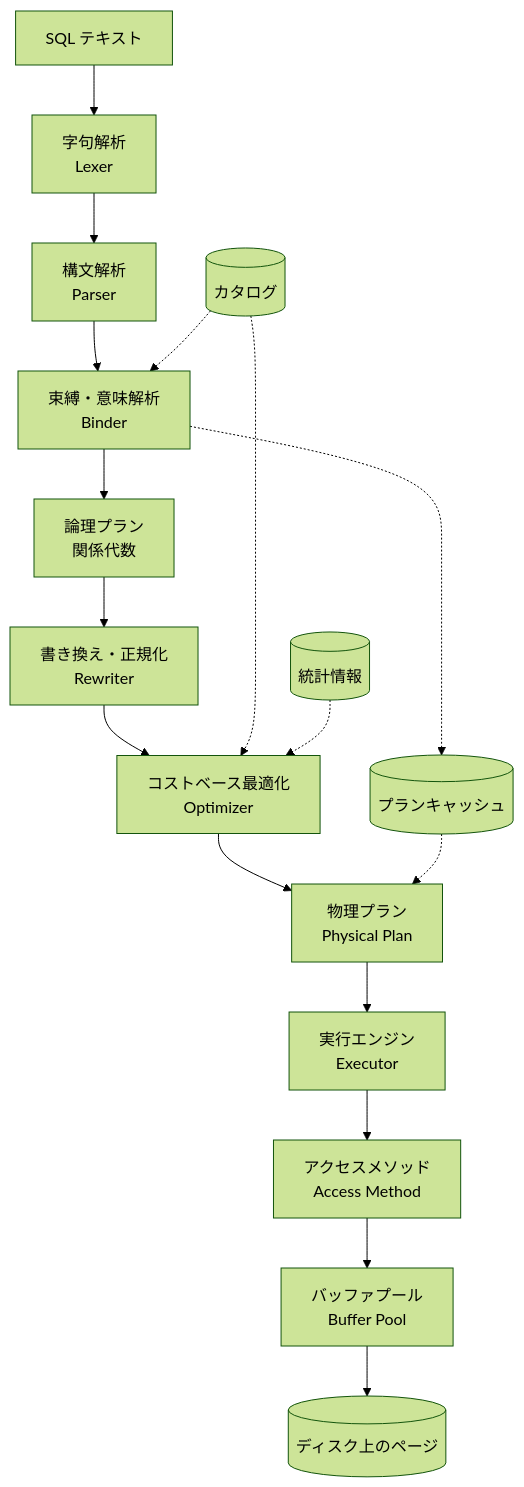
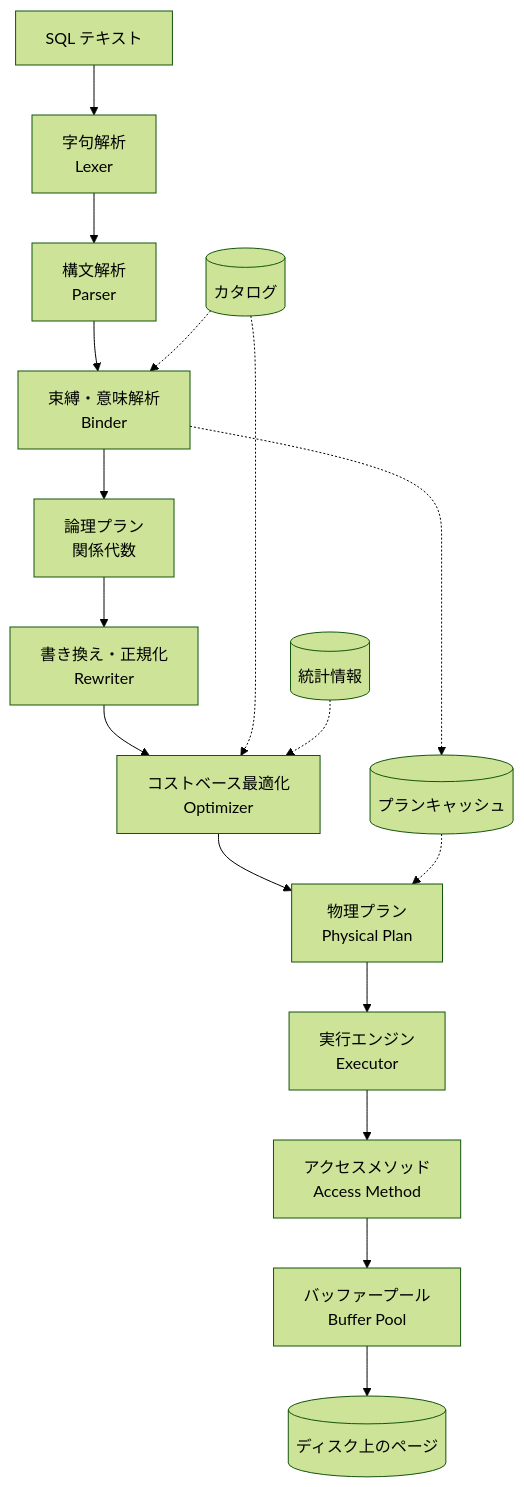
Before and after one commit to yoichiozaki/yoichiozaki.github.io: the diagram in content/blog/ja/sql-query-execution-internals.mdx, drawn with Mermaid (forest theme). The commit also changed other lines of this file and 117 other files, not shown here.

````diff
--- a/content/blog/ja/sql-query-execution-internals.mdx
+++ b/content/blog/ja/sql-query-execution-internals.mdx
@@ -18,19 +18,19 @@
 ```mermaid
 flowchart TD
   SQL["SQL テキスト"] --> LEX["字句解析<br/>Lexer"]
   LEX --> PARSE["構文解析<br/>Parser"]
   PARSE --> BIND["束縛・意味解析<br/>Binder"]
   BIND --> LOGICAL["論理プラン<br/>関係代数"]
   LOGICAL --> REWRITE["書き換え・正規化<br/>Rewriter"]
   REWRITE --> OPT["コストベース最適化<br/>Optimizer"]
   OPT --> PHYS["物理プラン<br/>Physical Plan"]
   PHYS --> EXEC["実行エンジン<br/>Executor"]
   EXEC --> AM["アクセスメソッド<br/>Access Method"]
-  AM --> BUF["バッファプール<br/>Buffer Pool"]
+  AM --> BUF["バッファープール<br/>Buffer Pool"]
   BUF --> DISK[("ディスク上のページ")]
   CAT[("カタログ")] -.-> BIND
   CAT -.-> OPT
   STAT[("統計情報")] -.-> OPT
   BIND -.-> CACHE[("プランキャッシュ")]
   CACHE -.-> PHYS
 ```
````
